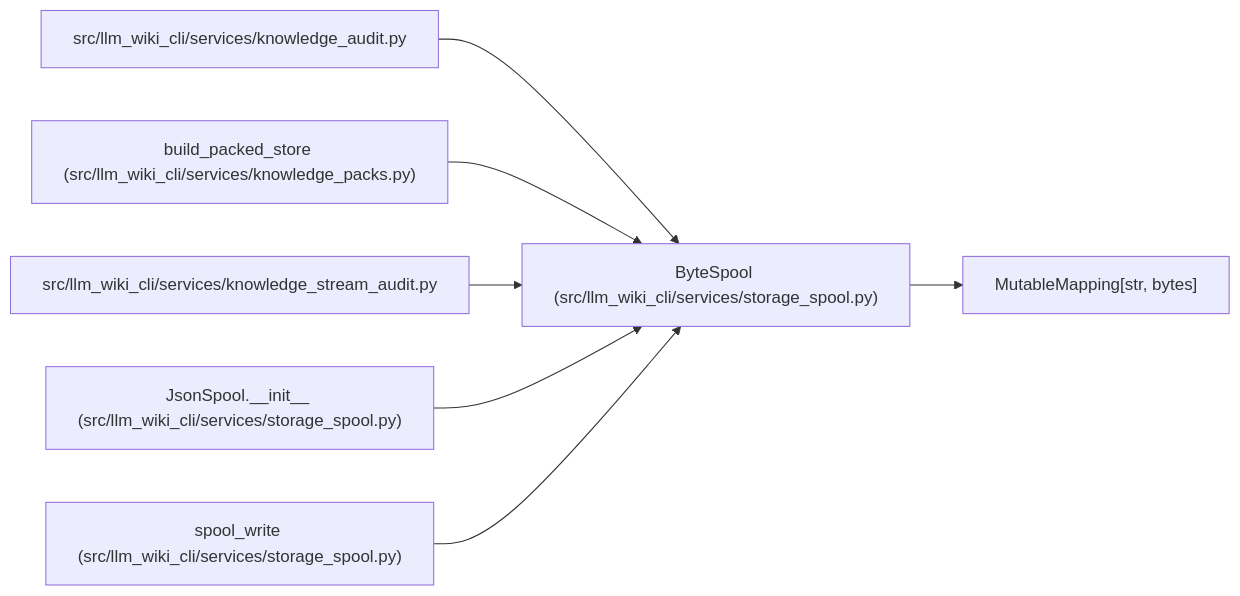
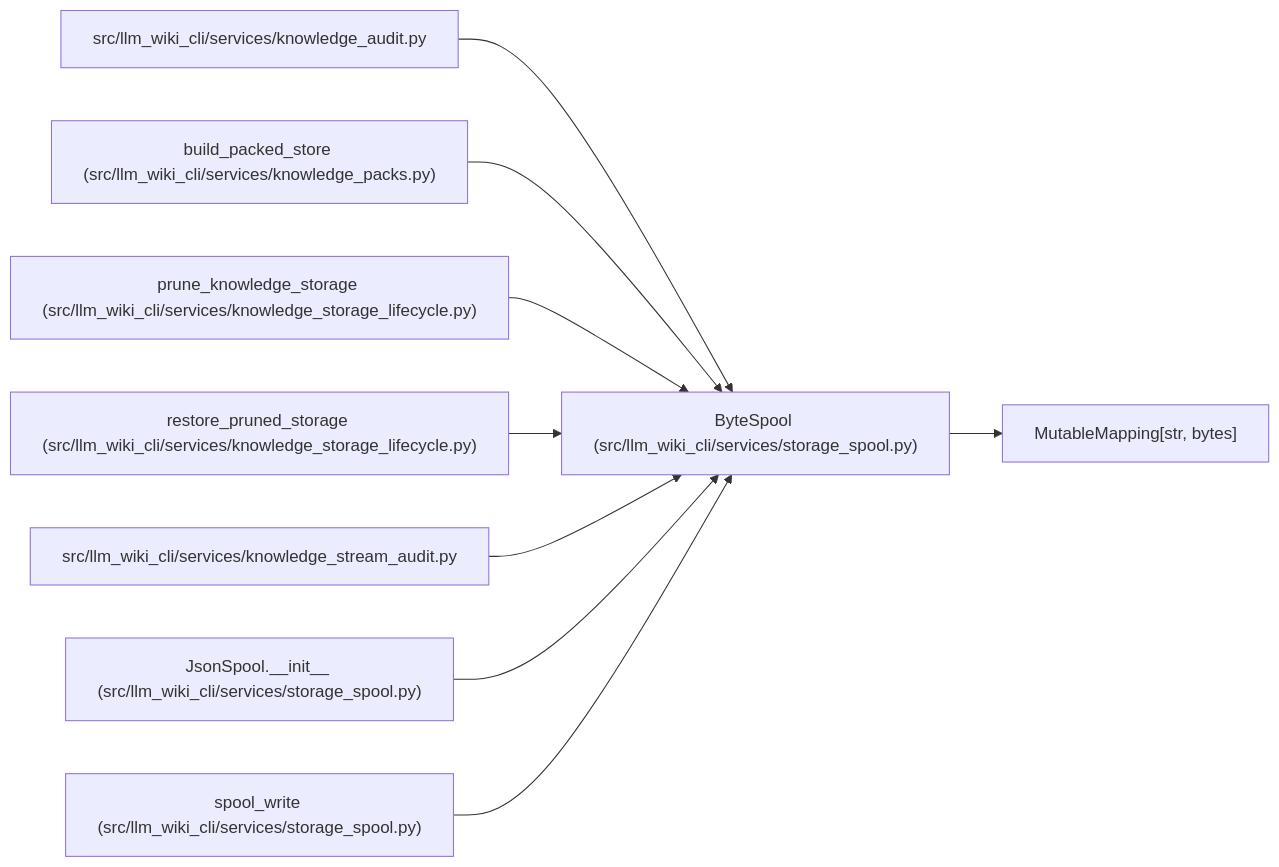
Before and after one commit to Denissvgn/python-wiki-llm: the diagram in docs/llm_wiki/entities/ByteSpool.md, drawn with Mermaid. The commit also changed other lines of this file and 486 other files, not shown here.

First line of the commit message:
Improve knowledge storage performance and recoverable cleanup (#36)

````diff
--- a/docs/llm_wiki/entities/ByteSpool.md
+++ b/docs/llm_wiki/entities/ByteSpool.md
@@ -34,22 +34,28 @@
 ```mermaid
 flowchart LR
     n0["ByteSpool (src/llm_wiki_cli/services/storage_spool.py)"]
     n1["MutableMapping[str, bytes]"]
     n2["src/llm_wiki_cli/services/knowledge_audit.py"]
     n3["build_packed_store (src/llm_wiki_cli/services/knowledge_packs.py)"]
-    n4["src/llm_wiki_cli/services/knowledge_stream_audit.py"]
-    n5["JsonSpool.__init__ (src/llm_wiki_cli/services/storage_spool.py)"]
-    n6["spool_write (src/llm_wiki_cli/services/storage_spool.py)"]
+    n4["prune_knowledge_storage (src/llm_wiki_cli/services/knowledge_storage_lifecycle.py)"]
+    n5["restore_pruned_storage (src/llm_wiki_cli/services/knowledge_storage_lifecycle.py)"]
+    n6["src/llm_wiki_cli/services/knowledge_stream_audit.py"]
+    n7["JsonSpool.__init__ (src/llm_wiki_cli/services/storage_spool.py)"]
+    n8["spool_write (src/llm_wiki_cli/services/storage_spool.py)"]
     n0 --> n1
     n2 --> n0
     n3 --> n0
     n4 --> n0
     n5 --> n0
     n6 --> n0
+    n7 --> n0
+    n8 --> n0
     click n0 "../modules/storage_spool.md"
     click n2 "../modules/knowledge_audit.md"
     click n3 "../modules/knowledge_packs.md"
-    click n4 "../modules/knowledge_stream_audit.md"
-    click n5 "../modules/storage_spool.md"
-    click n6 "../modules/storage_spool.md"
+    click n4 "../modules/knowledge_storage_lifecycle.md"
+    click n5 "../modules/knowledge_storage_lifecycle.md"
+    click n6 "../modules/knowledge_stream_audit.md"
+    click n7 "../modules/storage_spool.md"
+    click n8 "../modules/storage_spool.md"
 ```
````
